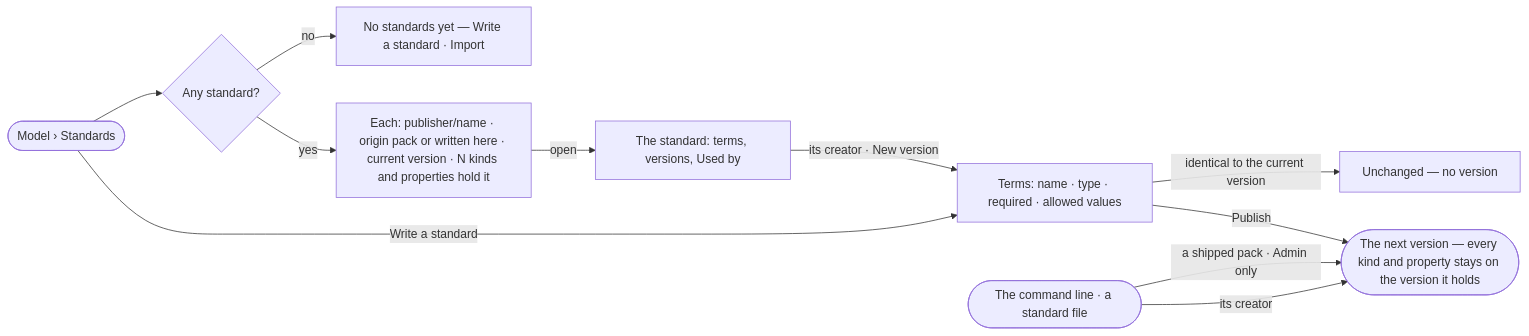
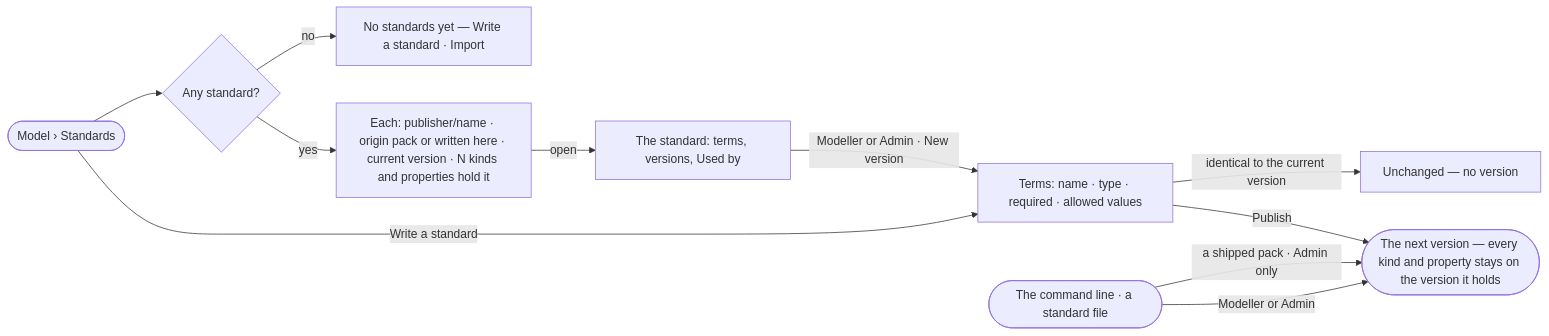
One commit to invana/invana changed the diagram in specs/capabilities/semantics/features/SE-F05-standards/stories/SE-17-keep-a-library-of-standards/story.md. Above: the diagram before and after it, drawn with Mermaid. The commit also changed other lines of this file and 300 other files, not shown here.

````diff
--- a/specs/capabilities/semantics/features/SE-F05-standards/stories/SE-17-keep-a-library-of-standards/story.md
+++ b/specs/capabilities/semantics/features/SE-F05-standards/stories/SE-17-keep-a-library-of-standards/story.md
@@ -26,13 +28,13 @@
 ```mermaid
 flowchart LR
   a([Model › Standards]) --> l{Any standard?}
   l -->|no| e["No standards yet — Write a standard · Import"]
   l -->|yes| r["Each: publisher/name · origin pack or written here · current version · N kinds and properties hold it"]
   r -->|open| s["The standard: terms, versions, Used by"]
   a -->|Write a standard| w["Terms: name · type · required · allowed values"]
-  s -->|its creator · New version| w
+  s -->|Modeller or Admin · New version| w
   w -->|identical to the current version| u["Unchanged — no version"]
   w -->|Publish| ok(["The next version — every kind and property stays on the version it holds"])
   cli([The command line · a standard file]) -->|a shipped pack · Admin only| ok
-  cli -->|its creator| ok
+  cli -->|Modeller or Admin| ok
 ```
````
